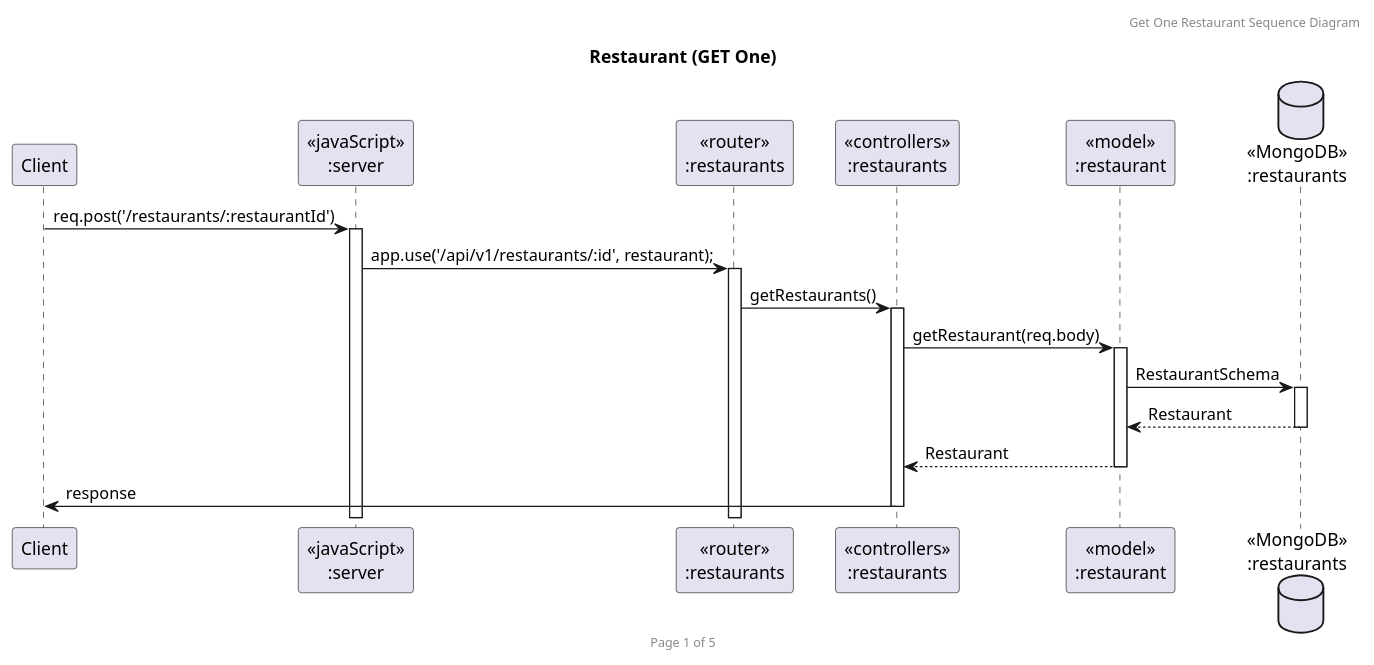
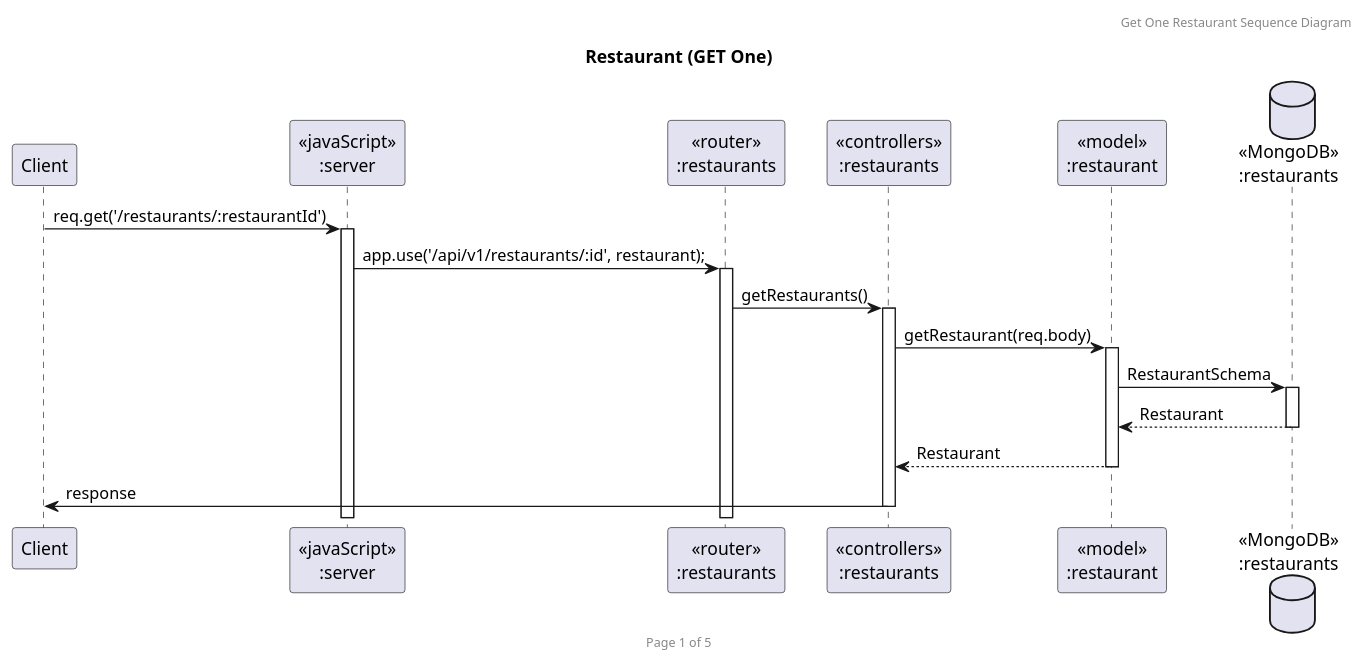
One commit to marshmeowllo/RestaurantReservation changed the diagram in Sequence Diagram/Restaurant/RestaurantGetOne.puml. Above: the diagram before and after it, drawn with PlantUML. The commit also changed 6 other files, not shown here.

```diff
--- a/Sequence Diagram/Restaurant/RestaurantGetOne.puml
+++ b/Sequence Diagram/Restaurant/RestaurantGetOne.puml
@@ -1,23 +1,23 @@
 @startuml Restaurant (GET One)
 
 header Get One Restaurant Sequence Diagram
 footer Page 1 of 5
 title "Restaurant (GET One)"
 
 participant "Client" as client
 participant "<<javaScript>>\n:server" as server
 participant "<<router>>\n:restaurants" as routerRestaurants
 participant "<<controllers>>\n:restaurants" as controllersRestaurants
 participant "<<model>>\n:restaurant" as modelRestaurants
 database "<<MongoDB>>\n:restaurants" as RestaurantDatabase
 
-client->server ++:req.post('/restaurants/:restaurantId')
+client->server ++:req.get('/restaurants/:restaurantId')
 server->routerRestaurants ++:app.use('/api/v1/restaurants/:id', restaurant);
 routerRestaurants -> controllersRestaurants ++:getRestaurants()
 controllersRestaurants->modelRestaurants ++:getRestaurant(req.body)
 modelRestaurants ->RestaurantDatabase ++: RestaurantSchema
 RestaurantDatabase --> modelRestaurants --: Restaurant
 controllersRestaurants <-- modelRestaurants --:Restaurant
 controllersRestaurants->client --:response
 
 @enduml
```
